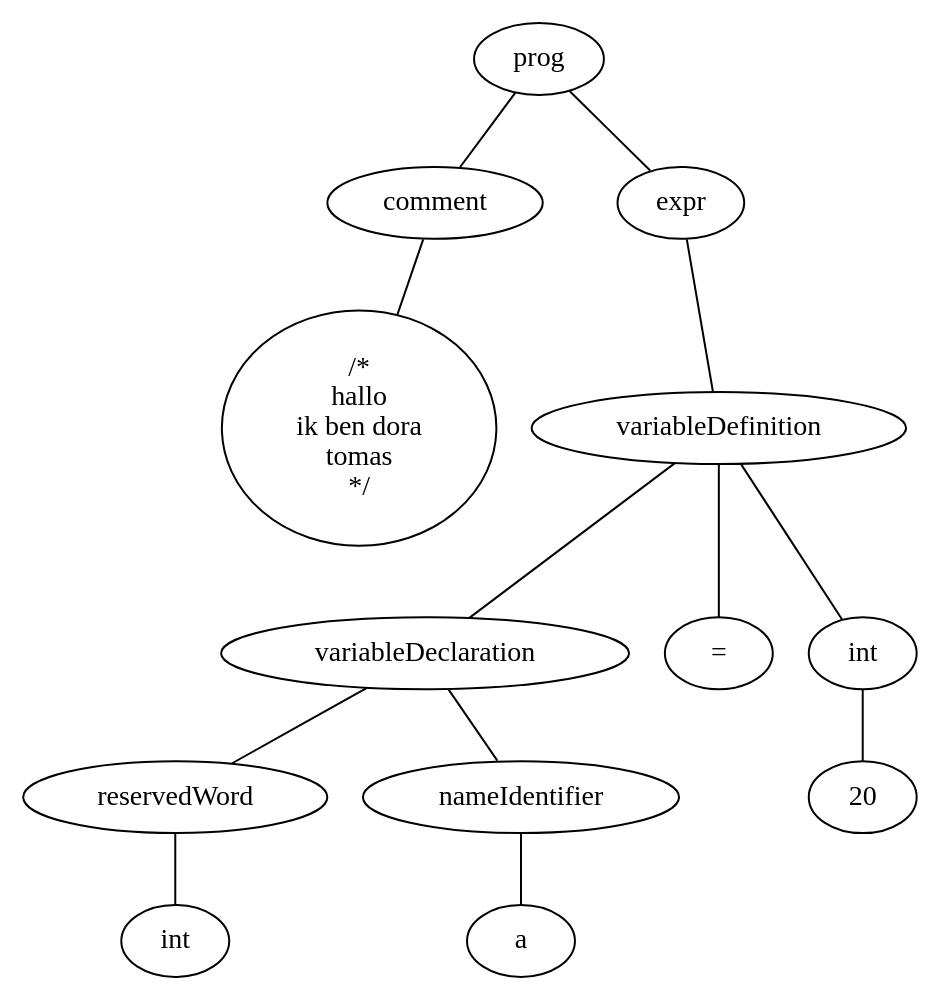
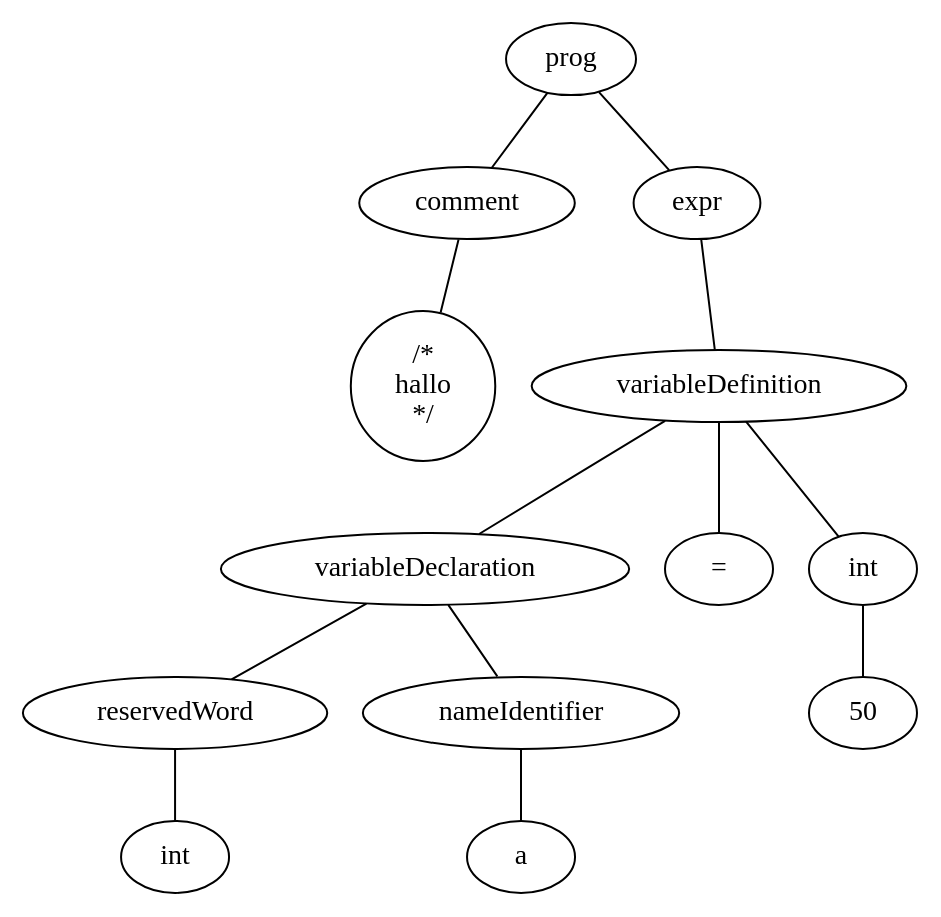
The diagram in test.c.ast.dot (Marcel-aka-Satum/Compilers), drawn with Graphviz before and after one commit. The commit also changed 4 other files, not shown here.

```diff
--- a/test.c.ast.dot
+++ b/test.c.ast.dot
@@ -1,31 +1,29 @@
 graph ast { 
-<AST.AST object at 0x7f54ba41c1f0>[label="prog"] 
-<AST.AST object at 0x7f54ba427550>[label="comment"] 
-<AST.AST object at 0x7f54ba427640>[label="/*
+<AST.AST object at 0x7f7803e51a90>[label="prog"] 
+<AST.AST object at 0x7f7803e51580>[label="comment"] 
+<AST.AST object at 0x7f7803e518b0>[label="/*
 hallo
-ik ben dora
-tomas
 */"] 
-<AST.AST object at 0x7f54ba427b20>[label="expr"] 
-<AST.AST object at 0x7f54ba427910>[label="variableDefinition"] 
-<AST.AST object at 0x7f54ba427370>[label="variableDeclaration"] 
-<AST.AST object at 0x7f54ba41adc0>[label="reservedWord"] 
-<AST.AST object at 0x7f54ba41a220>[label="int"] 
-<AST.AST object at 0x7f54ba41aa90>[label="nameIdentifier"] 
-<AST.AST object at 0x7f54ba41a7f0>[label="a"] 
-<AST.AST object at 0x7f54ba427940>[label="="] 
-<AST.AST object at 0x7f54ba442f70>[label="int"] 
-<AST.AST object at 0x7f54ba442070>[label="20"] 
-<AST.AST object at 0x7f54ba41c1f0> -- <AST.AST object at 0x7f54ba427550>
-<AST.AST object at 0x7f54ba427550> -- <AST.AST object at 0x7f54ba427640>
-<AST.AST object at 0x7f54ba41c1f0> -- <AST.AST object at 0x7f54ba427b20>
-<AST.AST object at 0x7f54ba427b20> -- <AST.AST object at 0x7f54ba427910>
-<AST.AST object at 0x7f54ba427910> -- <AST.AST object at 0x7f54ba427370>
-<AST.AST object at 0x7f54ba427370> -- <AST.AST object at 0x7f54ba41adc0>
-<AST.AST object at 0x7f54ba41adc0> -- <AST.AST object at 0x7f54ba41a220>
-<AST.AST object at 0x7f54ba427370> -- <AST.AST object at 0x7f54ba41aa90>
-<AST.AST object at 0x7f54ba41aa90> -- <AST.AST object at 0x7f54ba41a7f0>
-<AST.AST object at 0x7f54ba427910> -- <AST.AST object at 0x7f54ba427940>
-<AST.AST object at 0x7f54ba427910> -- <AST.AST object at 0x7f54ba442f70>
-<AST.AST object at 0x7f54ba442f70> -- <AST.AST object at 0x7f54ba442070>
+<AST.AST object at 0x7f7803e51130>[label="expr"] 
+<AST.AST object at 0x7f7803e58c10>[label="variableDefinition"] 
+<AST.AST object at 0x7f7803e586d0>[label="variableDeclaration"] 
+<AST.AST object at 0x7f7803e58850>[label="reservedWord"] 
+<AST.AST object at 0x7f7803e58c40>[label="int"] 
+<AST.AST object at 0x7f7803e43220>[label="nameIdentifier"] 
+<AST.AST object at 0x7f7803e43f40>[label="a"] 
+<AST.AST object at 0x7f7803e58dc0>[label="="] 
+<AST.AST object at 0x7f7803e35850>[label="int"] 
+<AST.AST object at 0x7f7803e35640>[label="50"] 
+<AST.AST object at 0x7f7803e51a90> -- <AST.AST object at 0x7f7803e51580>
+<AST.AST object at 0x7f7803e51580> -- <AST.AST object at 0x7f7803e518b0>
+<AST.AST object at 0x7f7803e51a90> -- <AST.AST object at 0x7f7803e51130>
+<AST.AST object at 0x7f7803e51130> -- <AST.AST object at 0x7f7803e58c10>
+<AST.AST object at 0x7f7803e58c10> -- <AST.AST object at 0x7f7803e586d0>
+<AST.AST object at 0x7f7803e586d0> -- <AST.AST object at 0x7f7803e58850>
+<AST.AST object at 0x7f7803e58850> -- <AST.AST object at 0x7f7803e58c40>
+<AST.AST object at 0x7f7803e586d0> -- <AST.AST object at 0x7f7803e43220>
+<AST.AST object at 0x7f7803e43220> -- <AST.AST object at 0x7f7803e43f40>
+<AST.AST object at 0x7f7803e58c10> -- <AST.AST object at 0x7f7803e58dc0>
+<AST.AST object at 0x7f7803e58c10> -- <AST.AST object at 0x7f7803e35850>
+<AST.AST object at 0x7f7803e35850> -- <AST.AST object at 0x7f7803e35640>
 }
```
